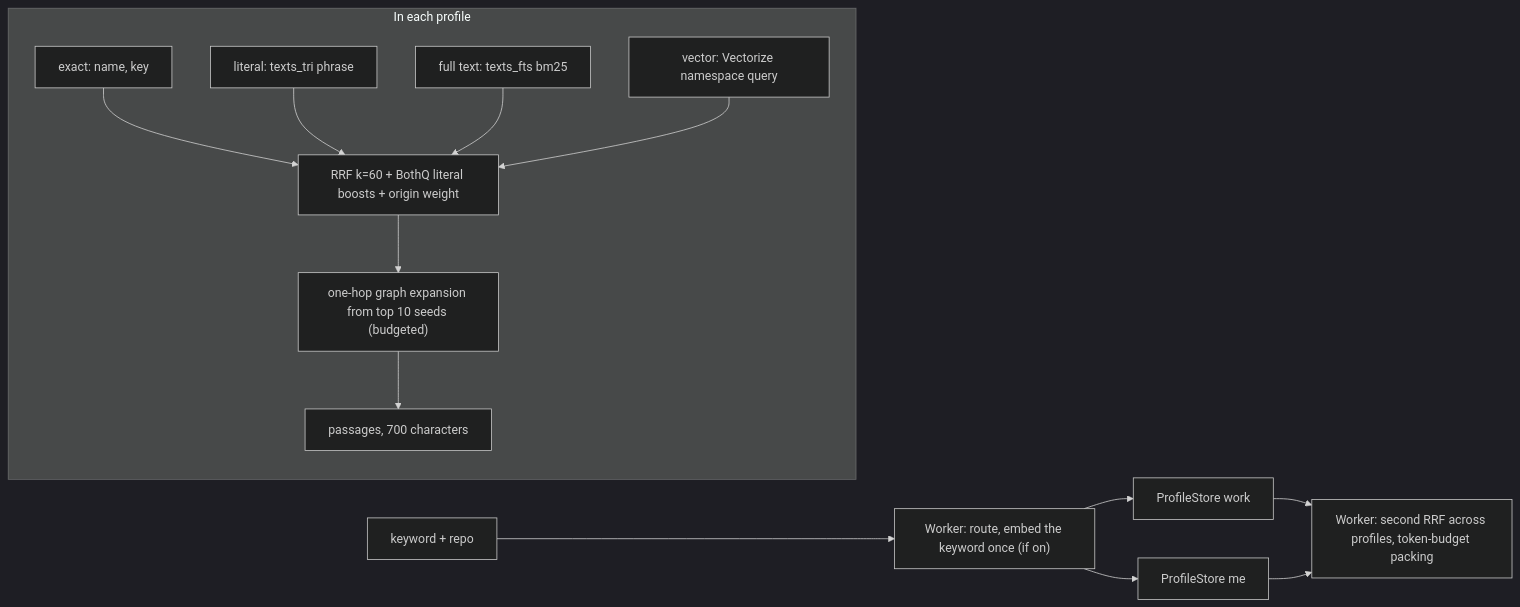
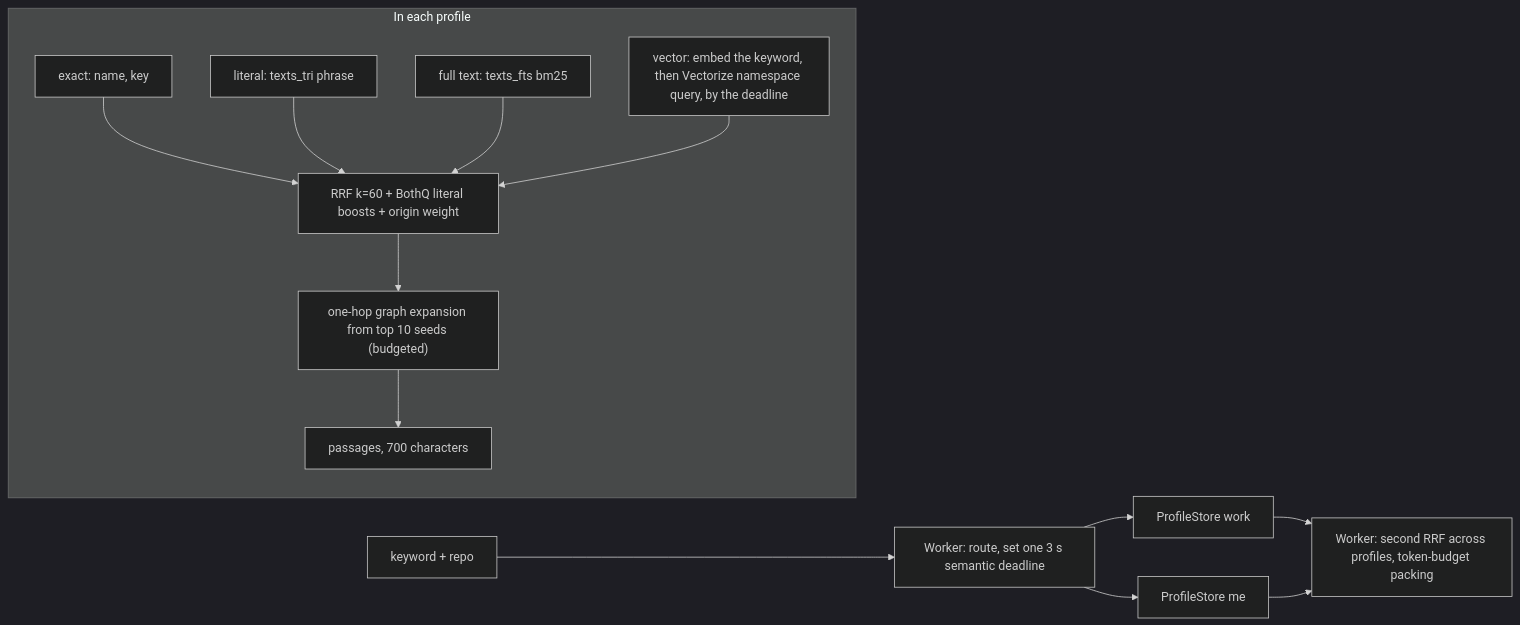
Before and after one commit to wrick17/agent-memory: the fifth of 6 diagrams in docs/architecture.md, drawn with Mermaid (dark theme). The commit also changed other lines of this file and 10 other files, not shown here.

Commit message:
Restore live semantic recall within shared deadline

````diff
--- a/docs/architecture.md
+++ b/docs/architecture.md
@@ -1186,16 +1186,16 @@
 ```mermaid
 flowchart LR
-	Q["keyword + repo"] --> W["Worker: route, embed the keyword once (if on)"]
+	Q["keyword + repo"] --> W["Worker: route, set one 3 s semantic deadline"]
 	W --> P1["ProfileStore work"]
 	W --> P2["ProfileStore me"]
 	subgraph IP["In each profile"]
 		C1["exact: name, key"] --> F["RRF k=60 + BothQ literal boosts + origin weight"]
 		C2["literal: texts_tri phrase"] --> F
 		C3["full text: texts_fts bm25"] --> F
-		C4["vector: Vectorize namespace query"] --> F
+		C4["vector: embed the keyword, then Vectorize namespace query, by the deadline"] --> F
 		F --> X["one-hop graph expansion from top 10 seeds (budgeted)"]
 		X --> PS["passages, 700 characters"]
 	end
 	P1 --> M["Worker: second RRF across profiles, token-budget packing"]
 	P2 --> M
 ```
````
